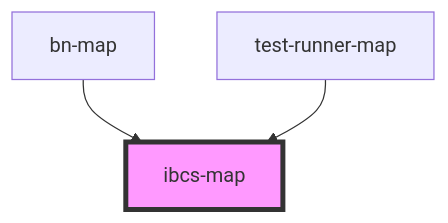
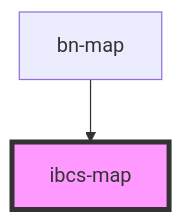
The diagram in src/components/bn-map/ibcs-map/readme.md (bino-bi/bn-template-engine), drawn with Mermaid before and after one commit. The commit also changed other lines of this file and 17 other files, not shown here.

Commit message:
feat: remove test-runner-time and test-runner-title components

````diff
--- a/src/components/bn-map/ibcs-map/readme.md
+++ b/src/components/bn-map/ibcs-map/readme.md
@@ -85,6 +84,5 @@
 ```mermaid
 graph TD;
   bn-map --> ibcs-map
-  test-runner-map --> ibcs-map
   style ibcs-map fill:#f9f,stroke:#333,stroke-width:4px
 ```
````
